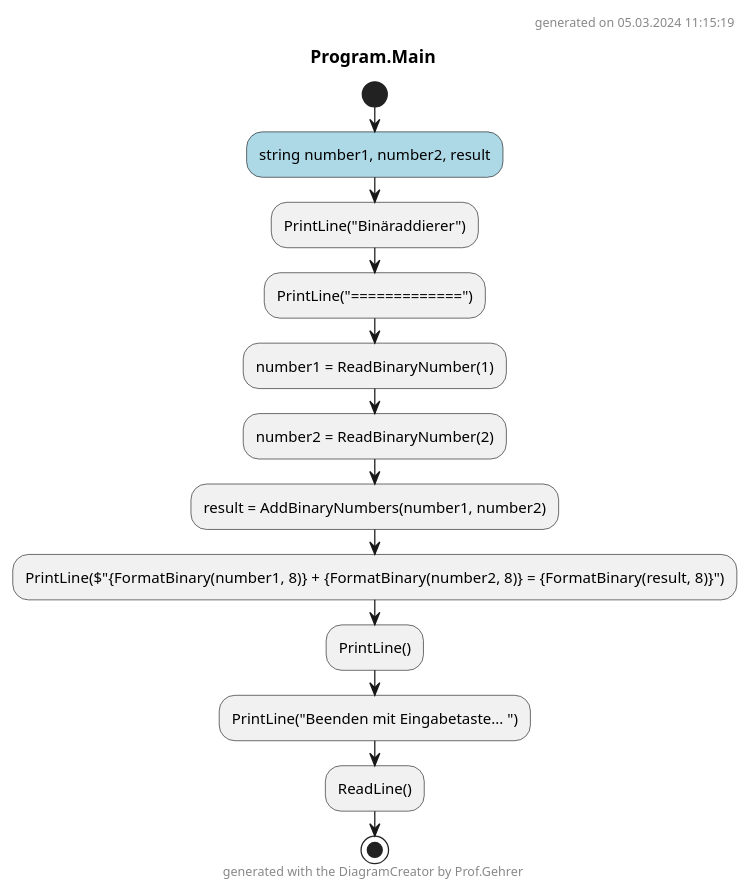
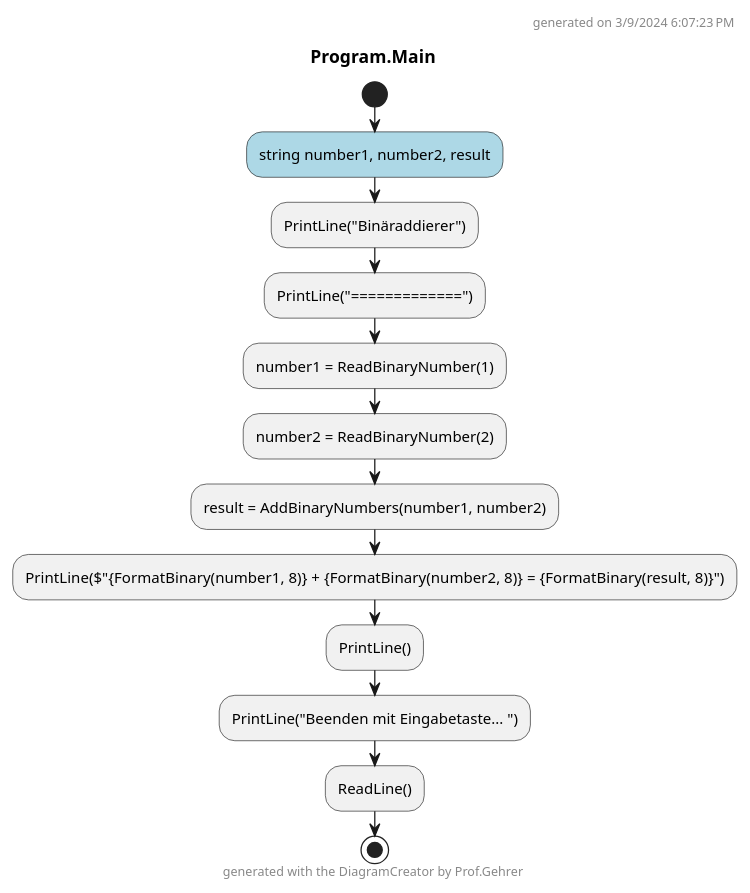
One commit to leoggehrer/2324-34_ABIF_ACIF_POSE changed the diagram in BinaryAdder.ConApp/Diagrams/ac_Program_Main.puml. Above: the diagram before and after it, drawn with PlantUML. The commit also changed 155 other files, not shown here.

Commit message:
Added activity diagrams.

```diff
--- a/BinaryAdder.ConApp/Diagrams/ac_Program_Main.puml
+++ b/BinaryAdder.ConApp/Diagrams/ac_Program_Main.puml
@@ -1,21 +1,21 @@
 @startuml Program.Main
 header
-generated on 05.03.2024 11:15:19
+generated on 3/9/2024 6:07:23 PM
 end header
 title Program.Main
 start
 #LightBlue:string number1, number2, result;
 :PrintLine("Binäraddierer");
 :PrintLine("=============");
 :number1 = ReadBinaryNumber(1);
 :number2 = ReadBinaryNumber(2);
 :result = AddBinaryNumbers(number1, number2);
 :PrintLine($"{FormatBinary(number1, 8)} + {FormatBinary(number2, 8)} =  {FormatBinary(result, 8)}");
 :PrintLine();
 :PrintLine("Beenden mit Eingabetaste... ");
 :ReadLine();
 footer
 generated with the DiagramCreator by Prof.Gehrer
 end footer
 stop
 @enduml
```
